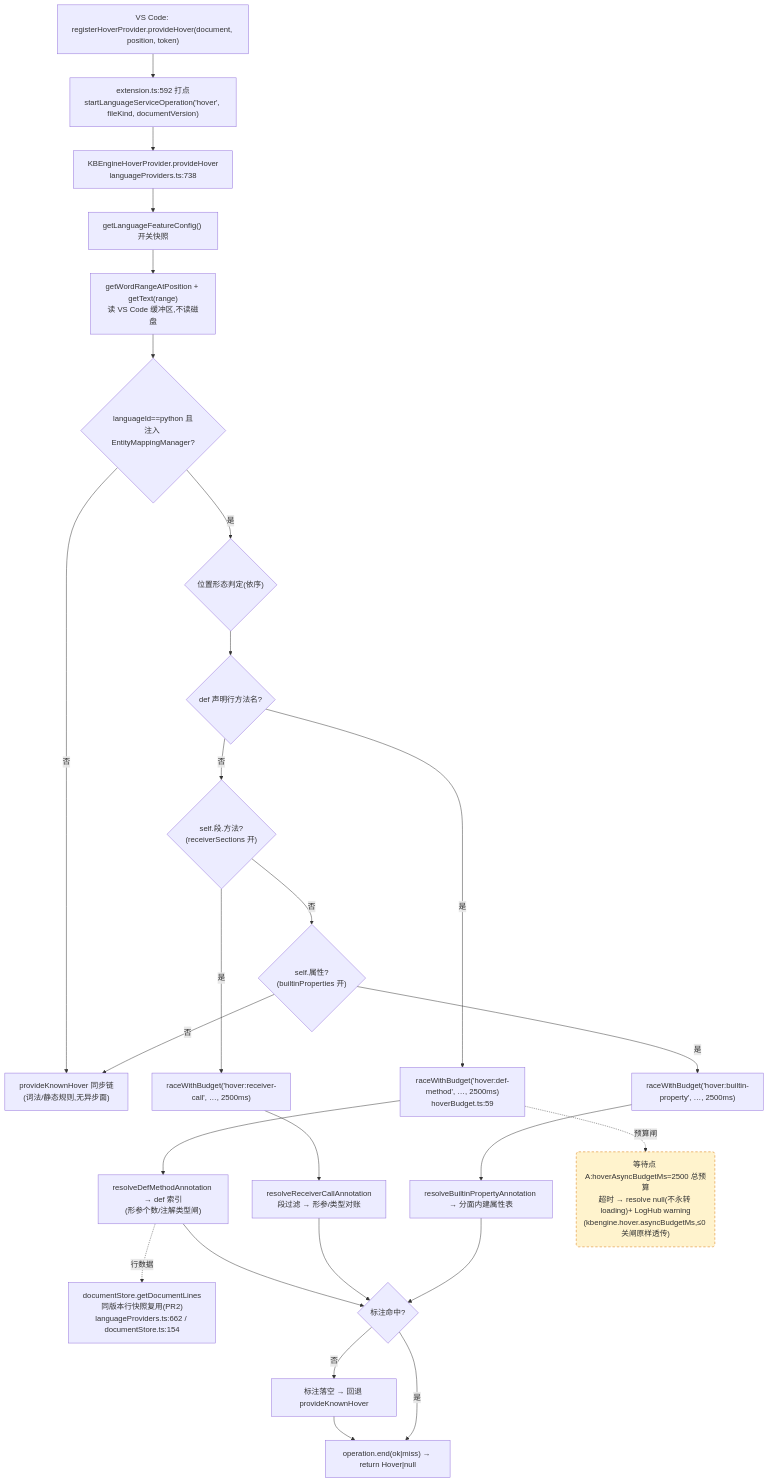
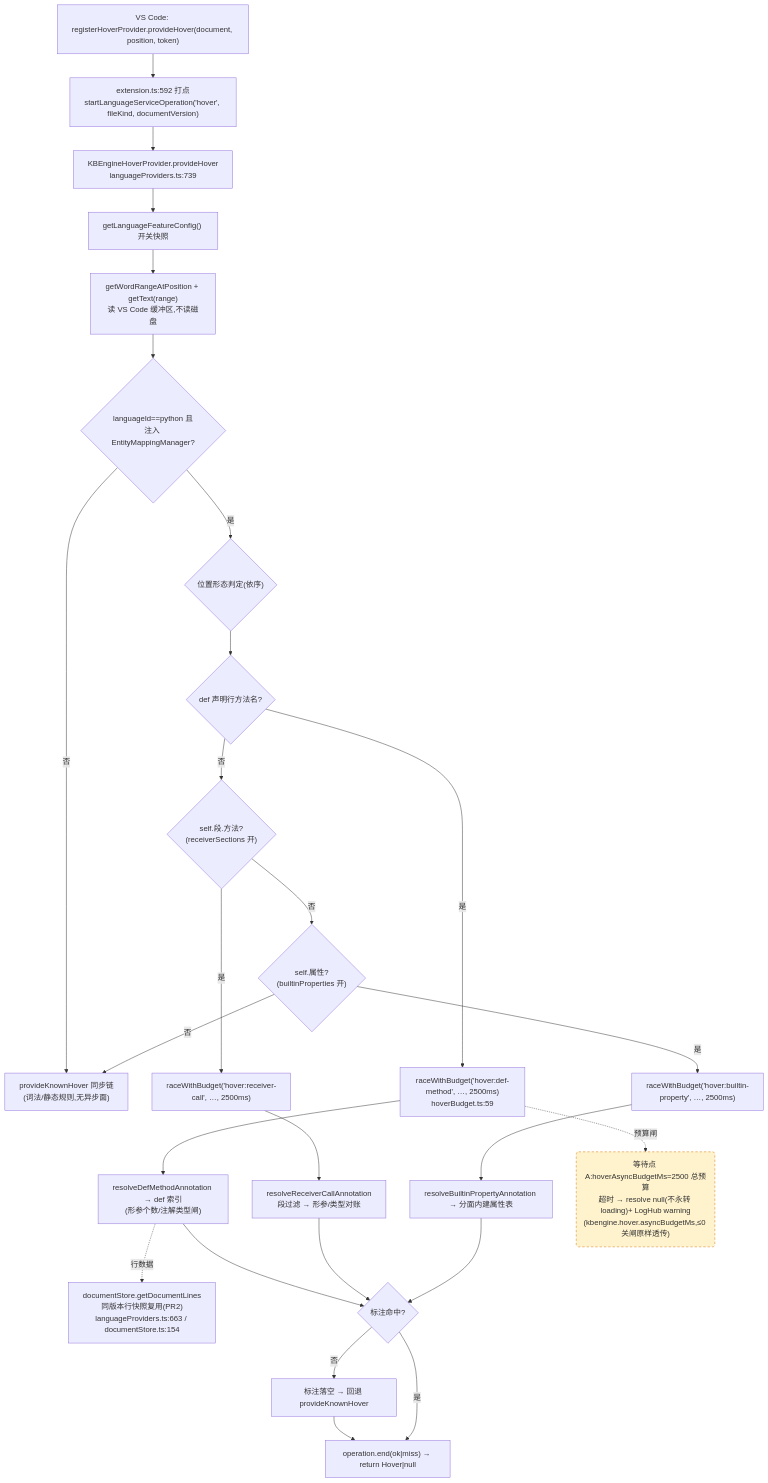
The first of 4 diagrams in docs/perf/2026-baseline.md (cuihairu/kode), drawn with Mermaid before and after one commit. The commit also changed other lines of this file and 6 other files, not shown here.

````diff
--- a/docs/perf/2026-baseline.md
+++ b/docs/perf/2026-baseline.md
@@ -82,45 +82,45 @@
 ```mermaid
 flowchart TD
   VC1["VS Code: registerHoverProvider.provideHover(document, position, token)"]
   M1["extension.ts:592 打点<br/>startLanguageServiceOperation('hover', fileKind, documentVersion)"]
-  HP["KBEngineHoverProvider.provideHover<br/>languageProviders.ts:738"]
+  HP["KBEngineHoverProvider.provideHover<br/>languageProviders.ts:739"]
   CFG["getLanguageFeatureConfig() 开关快照"]
   WORD["getWordRangeAtPosition + getText(range)<br/>读 VS Code 缓冲区,不读磁盘"]
   BR{"languageId==python 且<br/>注入 EntityMappingManager?"}
   KN["provideKnownHover 同步链<br/>(词法/静态规则,无异步面)"]
   POS{"位置形态判定(依序)"}
   D1{"def 声明行方法名?"}
   D2{"self.段.方法?<br/>(receiverSections 开)"}
   D3{"self.属性?<br/>(builtinProperties 开)"}
   RA1["raceWithBudget('hover:def-method', …, 2500ms)<br/>hoverBudget.ts:59"]
   RA2["raceWithBudget('hover:receiver-call', …, 2500ms)"]
   RA3["raceWithBudget('hover:builtin-property', …, 2500ms)"]
   RS1["resolveDefMethodAnnotation → def 索引<br/>(形参个数/注解类型闸)"]
   RS2["resolveReceiverCallAnnotation<br/>段过滤 → 形参/类型对账"]
   RS3["resolveBuiltinPropertyAnnotation → 分面内建属性表"]
-  LINES["documentStore.getDocumentLines<br/>同版本行快照复用(PR2)<br/>languageProviders.ts:662 / documentStore.ts:154"]
+  LINES["documentStore.getDocumentLines<br/>同版本行快照复用(PR2)<br/>languageProviders.ts:663 / documentStore.ts:154"]
   MISS["标注落空 → 回退 provideKnownHover"]
   END1["operation.end(ok|miss) → return Hover|null"]
 
   VC1 --> M1 --> HP --> CFG --> WORD --> BR
   BR -- "否" --> KN
   BR -- "是" --> POS --> D1
   D1 -- "是" --> RA1 --> RS1
   D1 -- "否" --> D2
   D2 -- "是" --> RA2 --> RS2
   D2 -- "否" --> D3
   D3 -- "是" --> RA3 --> RS3
   D3 -- "否" --> KN
   RS1 --> HIT{"标注命中?"}
   RS2 --> HIT
   RS3 --> HIT
   RS1 -.->|行数据| LINES
   HIT -- "否" --> MISS --> END1
   HIT -- "是" --> END1
 
   WAITA("等待点 A:hoverAsyncBudgetMs=2500 总预算<br/>超时 → resolve null(不永转 loading)+ LogHub warning<br/>(kbengine.hover.asyncBudgetMs,≤0 关闸原样透传)")
   RA1 -.->|预算闸| WAITA
 
   classDef waitPoint fill:#fff3cd,stroke:#d97706,stroke-dasharray:5 4;
   class WAITA waitPoint;
 ```
````
